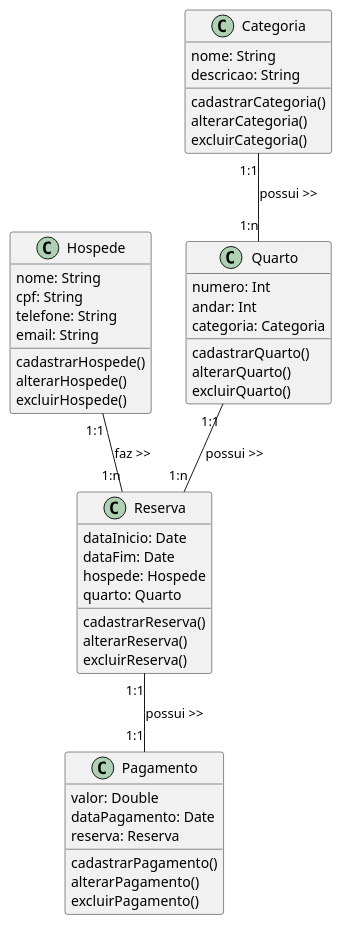
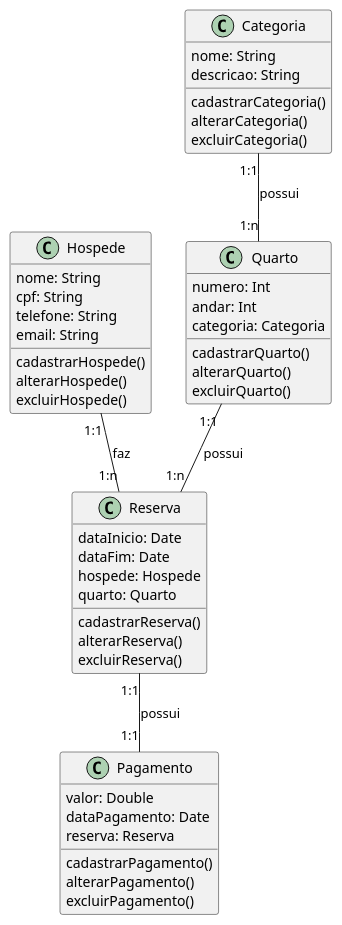
Before and after one commit to luiz-david05/APS-2024.2: the diagram in atividade_diagrama_classes/q1.puml, drawn with PlantUML. The commit also changed 4 other files, not shown here.

Commit message:
att erro no diagrama

```diff
--- a/atividade_diagrama_classes/q1.puml
+++ b/atividade_diagrama_classes/q1.puml
@@ -1,53 +1,53 @@
 @startuml Sistema De Reservas Hotel
 class Hospede {
     nome: String
     cpf: String
     telefone: String
     email: String
     cadastrarHospede()
     alterarHospede()
     excluirHospede()
 }
 
 class Quarto {
     numero: Int
     andar: Int
     categoria: Categoria
     cadastrarQuarto()
     alterarQuarto()
     excluirQuarto()
 }
 
 class Categoria {
     nome: String
     descricao: String
     cadastrarCategoria()
     alterarCategoria()
     excluirCategoria()
 }
 
 class Reserva {
     dataInicio: Date
     dataFim: Date
     hospede: Hospede
     quarto: Quarto
     cadastrarReserva()
     alterarReserva()
     excluirReserva()
 }
 
 class Pagamento {
     valor: Double
     dataPagamento: Date
     reserva: Reserva
     cadastrarPagamento()
     alterarPagamento()
     excluirPagamento()
 }
 
-Hospede "1:1" -- "1:n" Reserva: faz >>
-Quarto "1:1" -- "1:n" Reserva: possui >>
-Categoria "1:1" -- "1:n" Quarto: possui >>
-Reserva "1:1" -- "1:1" Pagamento: possui >>
+Hospede "1:1" -- "1:n" Reserva: faz
+Quarto "1:1" -- "1:n" Reserva: possui
+Categoria "1:1" -- "1:n" Quarto: possui
+Reserva "1:1" -- "1:1" Pagamento: possui
 
 @enduml
```
